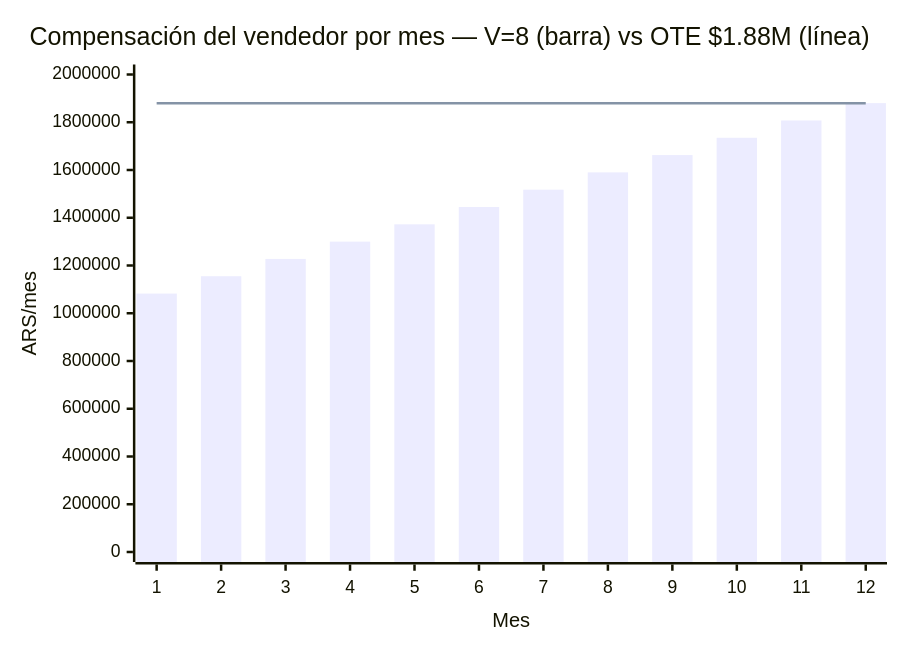
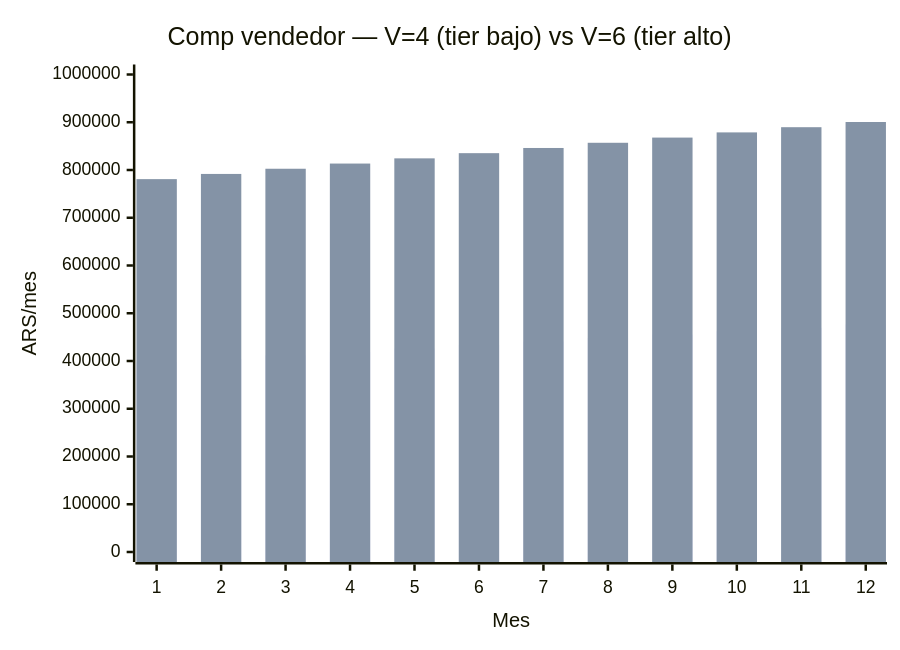
The second of 3 diagrams in vinotecas/lsp-vendedor.md (dantofema/comercial), drawn with Mermaid before and after one commit. The commit also changed other lines of this file, not shown here.

````diff
--- a/vinotecas/lsp-vendedor.md
+++ b/vinotecas/lsp-vendedor.md
@@ -135,8 +193,8 @@
 ```mermaid
 xychart-beta
-    title "Compensación del vendedor por mes — V=8 (barra) vs OTE $1.88M (línea)"
+    title "Comp vendedor — V=4 (tier bajo) vs V=6 (tier alto)"
     x-axis "Mes" [1,2,3,4,5,6,7,8,9,10,11,12]
-    y-axis "ARS/mes" 0 --> 2000000
-    bar [1082500,1155000,1227500,1300000,1372500,1445000,1517500,1590000,1662500,1735000,1807500,1880000]
-    line [1880000,1880000,1880000,1880000,1880000,1880000,1880000,1880000,1880000,1880000,1880000,1880000]
+    y-axis "ARS/mes" 0 --> 1000000
+    bar [397250,404500,411750,419000,426250,433500,440750,448000,455250,462500,469750,477000]
+    bar [780875,791750,802625,813500,824375,835250,846125,857000,867875,878750,889625,900500]
 ```
````
